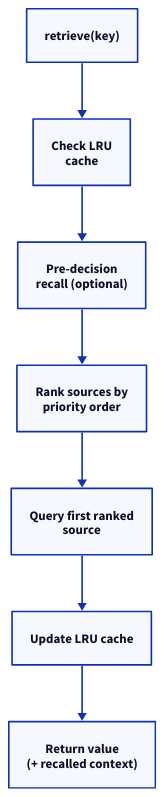
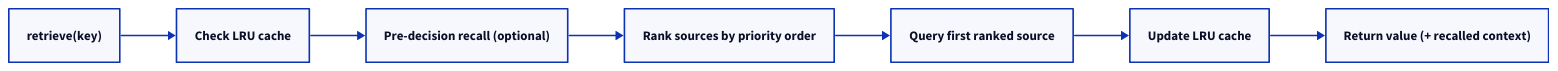
The diagram in diagrams/retrieve_path.d2 (BuboTheWise/MemChorus), drawn with D2 before and after one commit. The commit also changed 8 other files, not shown here.

Commit message:
docs(readme): shrink horizontal pipeline diagrams; add Multi-Wing routing SVG

```diff
--- a/diagrams/retrieve_path.d2
+++ b/diagrams/retrieve_path.d2
@@ -1,29 +1,22 @@
 vars: {
   d2-config: {
     layout-engine: elk
   }
 }
 
-direction: down
+direction: right
 
-step1: "retrieve(key)"
+retrieve: "retrieve(key)"
+lru_check: "Check LRU cache"
+recall: "Pre-decision recall (optional)"
+rank: "Rank sources by priority order"
+query: "Query first ranked source"
+update_lru: "Update LRU cache"
+return_val: "Return value (+ recalled context)"
 
-step2: "Check LRU\ncache"
-
-step3: "Pre-decision\nrecall (optional)"
-
-step4: "Rank sources by\npriority order"
-
-step5: "Query first ranked\nsource"
-
-step6: "Update LRU cache"
-
-step7: "Return value\n(+ recalled context)"
-
-# Pipeline chain
-step1 -> step2
-step2 -> step3
-step3 -> step4
-step4 -> step5
-step5 -> step6
-step6 -> step7
+retrieve -> lru_check
+lru_check -> recall
+recall -> rank
+rank -> query
+query -> update_lru
+update_lru -> return_val
```
